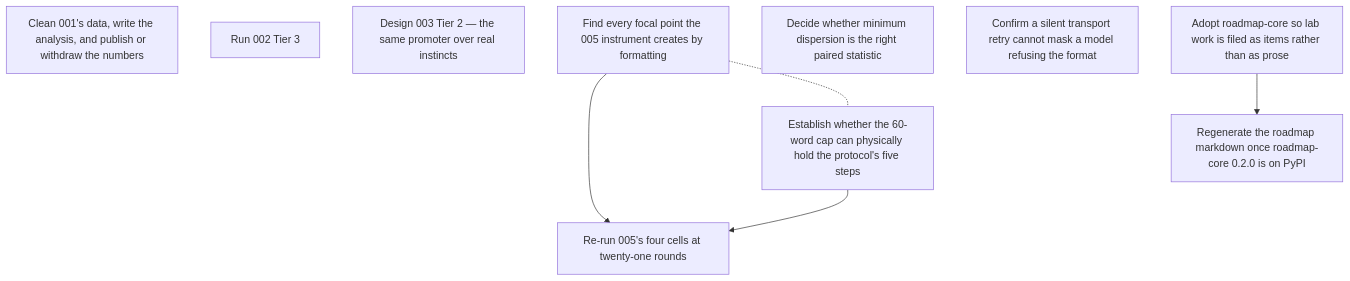
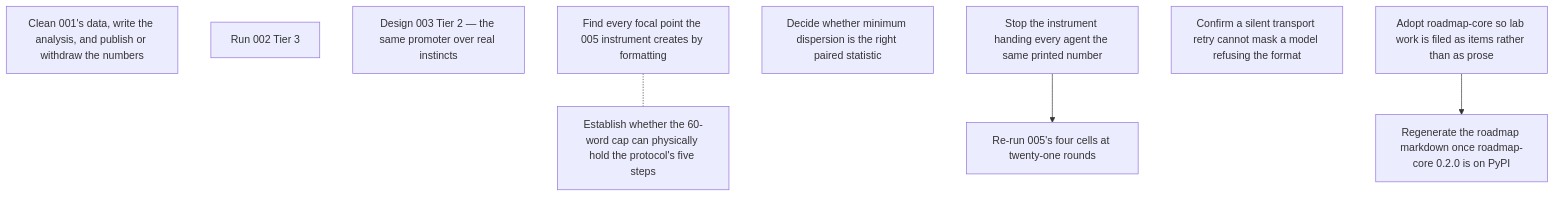
Before and after one commit to gald33/ai-lab: the diagram in roadmap/ROADMAP.md, drawn with Mermaid. The commit also changed other lines of this file and 7 other files, not shown here.

````diff
--- a/roadmap/ROADMAP.md
+++ b/roadmap/ROADMAP.md
@@ -42,17 +38,17 @@
 ```mermaid
 graph TD
   001_publish_results["Clean 001's data, write the analysis, and publish or withdraw the numbers"]
   002_tier3_run["Run 002 Tier 3"]
   003_tier2_design["Design 003 Tier 2 — the same promoter over real instincts"]
   005_display_precision_artifact["Find every focal point the 005 instrument creates by formatting"]
   005_paired_statistic_choice["Decide whether minimum dispersion is the right paired statistic"]
+  005_render_precision_fix["Stop the instrument handing every agent the same printed number"]
   005_rerun_at_twenty_one_rounds["Re-run 005's four cells at twenty-one rounds"]
   005_transport_retry_audit["Confirm a silent transport retry cannot mask a model refusing the format"]
   005_word_cap_fits_the_protocol["Establish whether the 60-word cap can physically hold the protocol's five steps"]
   lab_roadmap_adoption["Adopt roadmap-core so lab work is filed as items rather than as prose"]
   lab_roadmap_core_0_2_0["Regenerate the roadmap markdown once roadmap-core 0.2.0 is on PyPI"]
-  005_display_precision_artifact --> 005_rerun_at_twenty_one_rounds
-  005_word_cap_fits_the_protocol --> 005_rerun_at_twenty_one_rounds
+  005_render_precision_fix --> 005_rerun_at_twenty_one_rounds
   lab_roadmap_adoption --> lab_roadmap_core_0_2_0
   005_display_precision_artifact -.- 005_word_cap_fits_the_protocol
 ```
````
